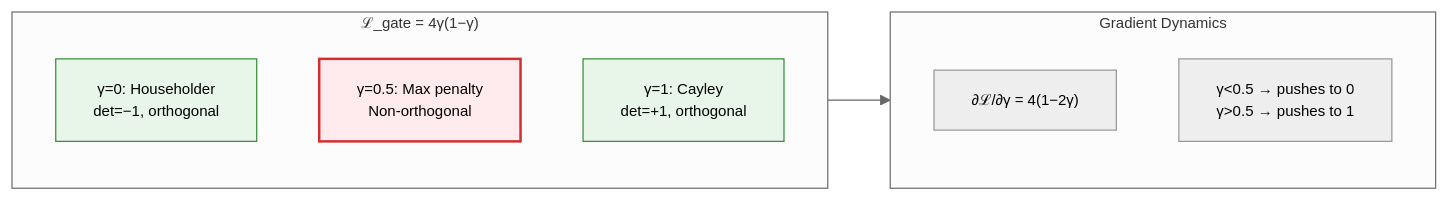
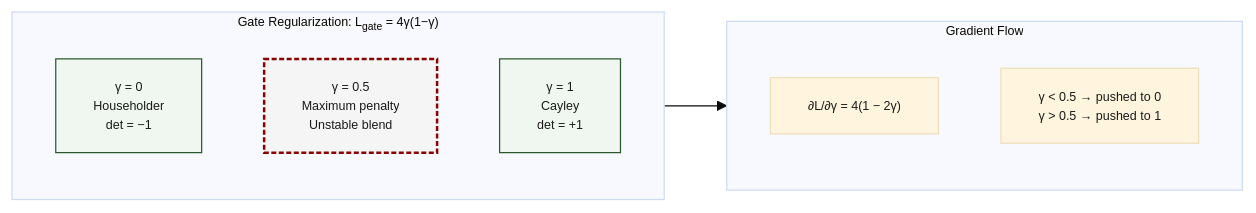
Before and after one commit to arash-shahmansoori/edelta: the sixth of 7 diagrams in docs/RESEARCH_V3.md, drawn with Mermaid. The commit also changed other lines of this file, not shown here.

First line of the commit message:
Revise all Mermaid diagrams to publication-quality standards

````diff
--- a/docs/RESEARCH_V3.md
+++ b/docs/RESEARCH_V3.md
@@ -1083,22 +1125,22 @@
 ```mermaid
-%%{init: {'theme': 'neutral', 'themeVariables': { 'fontSize': '12px'}}}%%
+%%{init: {'theme': 'base', 'themeVariables': { 'fontSize': '10px', 'fontFamily': 'Times New Roman, serif', 'primaryTextColor': '#1a1a1a'}}}%%
 flowchart LR
-    subgraph REG["ℒ_gate = 4γ(1−γ)"]
+    subgraph PENALTY["Gate Regularization: L<sub>gate</sub> = 4γ(1−γ)"]
         direction TB
-        G0["γ=0: Householder<br/>det=−1, orthogonal"]
-        G05["γ=0.5: Max penalty<br/>Non-orthogonal"]
-        G1["γ=1: Cayley<br/>det=+1, orthogonal"]
+        G0["γ = 0<br/>Householder<br/>det = −1"]
+        G05["γ = 0.5<br/>Maximum penalty<br/>Unstable blend"]
+        G1["γ = 1<br/>Cayley<br/>det = +1"]
     end
     
-    subgraph GRAD["Gradient Dynamics"]
+    subgraph DYNAMICS["Gradient Flow"]
         direction TB
-        GR["∂ℒ/∂γ = 4(1−2γ)"]
-        PUSH["γ<0.5 → pushes to 0<br/>γ>0.5 → pushes to 1"]
+        GR["∂L/∂γ = 4(1 − 2γ)"]
+        DIR["γ < 0.5 → pushed to 0<br/>γ > 0.5 → pushed to 1"]
     end
     
-    REG --> GRAD
+    PENALTY --> DYNAMICS
     
-    style G0 fill:#e8f5e9,stroke:#388e3c,stroke-width:1px
-    style G05 fill:#ffebee,stroke:#d32f2f,stroke-width:2px
-    style G1 fill:#e8f5e9,stroke:#388e3c,stroke-width:1px
+    style G0 fill:#f0f7f0,stroke:#2d5a2d,stroke-width:1px
+    style G05 fill:#f5f5f5,stroke:#8b0000,stroke-width:2px,stroke-dasharray:4 2
+    style G1 fill:#f0f7f0,stroke:#2d5a2d,stroke-width:1px
 ```
````
